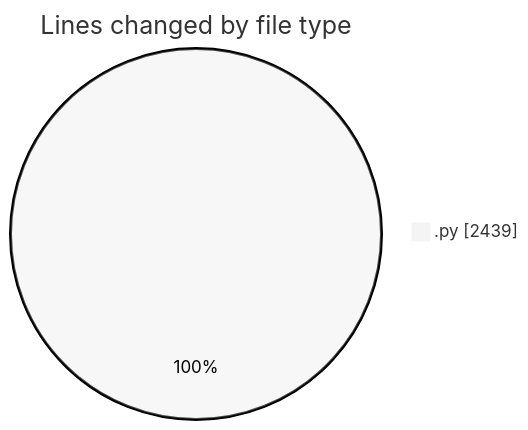
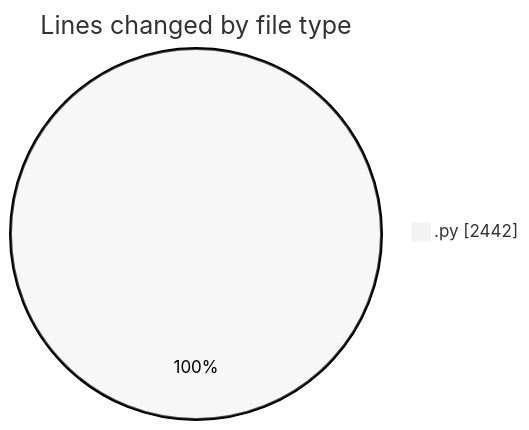
Before and after one commit to Ritupan-Deka/code-tracking: the first of 2 diagrams in 2026-01-11/dsa/README.md, drawn with Mermaid (neutral theme). The commit also changed other lines of this file and 1 other file, not shown here.

````diff
--- a/2026-01-11/dsa/README.md
+++ b/2026-01-11/dsa/README.md
@@ -21,5 +21,5 @@
 ```mermaid
 pie showData
 title Lines changed by file type
-".py" : 2439
+".py" : 2442
 ```
````
